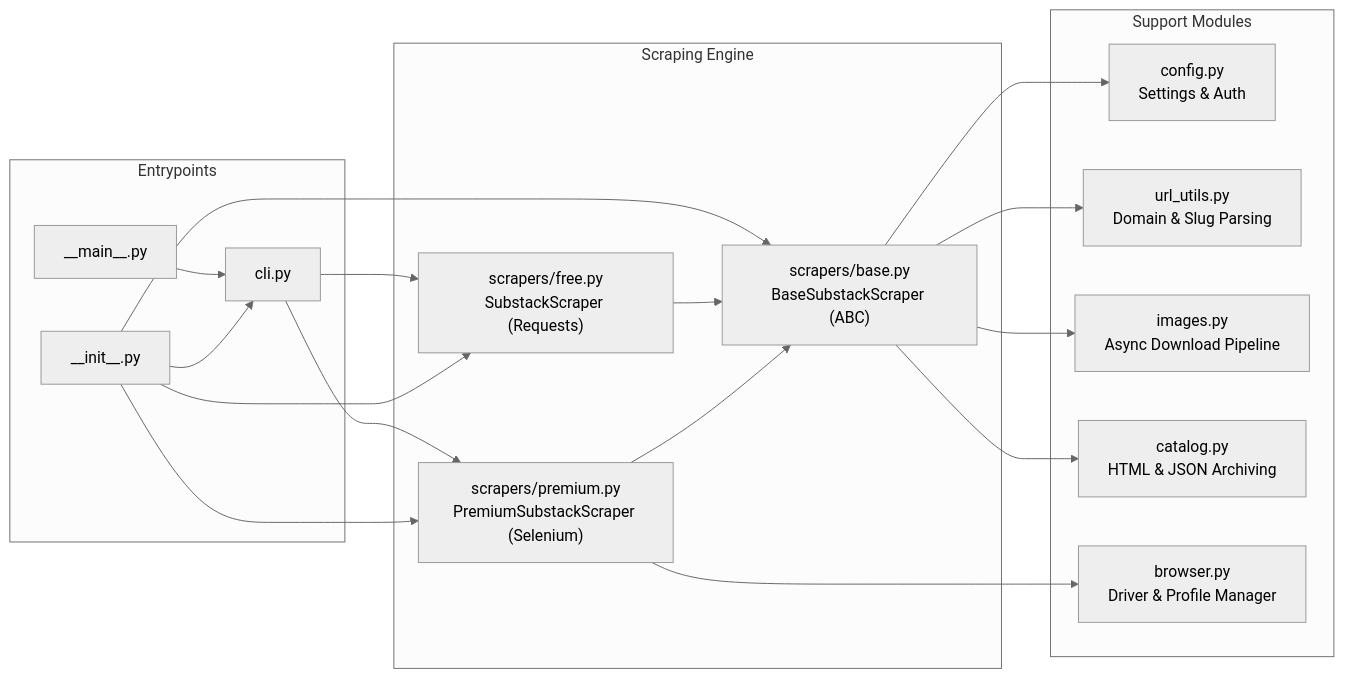
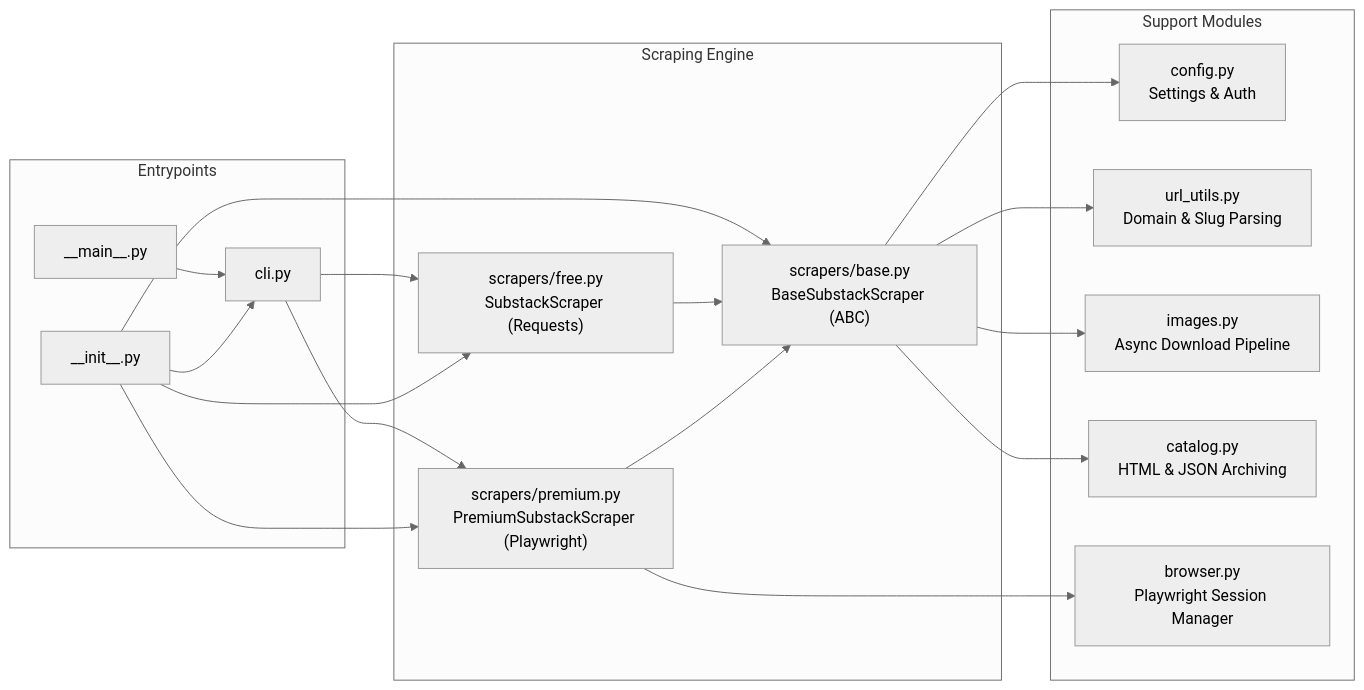
The second of 2 diagrams in AGENTS.md (0xfchen/Substack2Markdown), drawn with Mermaid (neutral theme) before and after one commit. The commit also changed other lines of this file and 16 other files, not shown here.

Commit message:
feat: migrate premium scraper from Selenium to Playwright with session reuse

````diff
--- a/AGENTS.md
+++ b/AGENTS.md
@@ -49,32 +49,32 @@
 ```mermaid
 flowchart LR
     subgraph Entrypoints ["Entrypoints"]
         main["__main__.py"]
         cli["cli.py"]
         init["__init__.py"]
     end
 
     subgraph CoreEngine ["Scraping Engine"]
         base["scrapers/base.py<br/>BaseSubstackScraper (ABC)"]
         free["scrapers/free.py<br/>SubstackScraper (Requests)"]
-        prem["scrapers/premium.py<br/>PremiumSubstackScraper (Selenium)"]
+        prem["scrapers/premium.py<br/>PremiumSubstackScraper (Playwright)"]
     end
 
     subgraph Services ["Support Modules"]
         cfg["config.py<br/>Settings & Auth"]
         url["url_utils.py<br/>Domain & Slug Parsing"]
         img["images.py<br/>Async Download Pipeline"]
         cat["catalog.py<br/>HTML & JSON Archiving"]
-        brw["browser.py<br/>Driver & Profile Manager"]
+        brw["browser.py<br/>Playwright Session Manager"]
     end
 
     main --> cli
     cli --> free & prem
     init --> cli & base & free & prem
     
     free --> base
     prem --> base
     
     base --> cfg & url & img & cat
     prem --> brw
 ```
````
